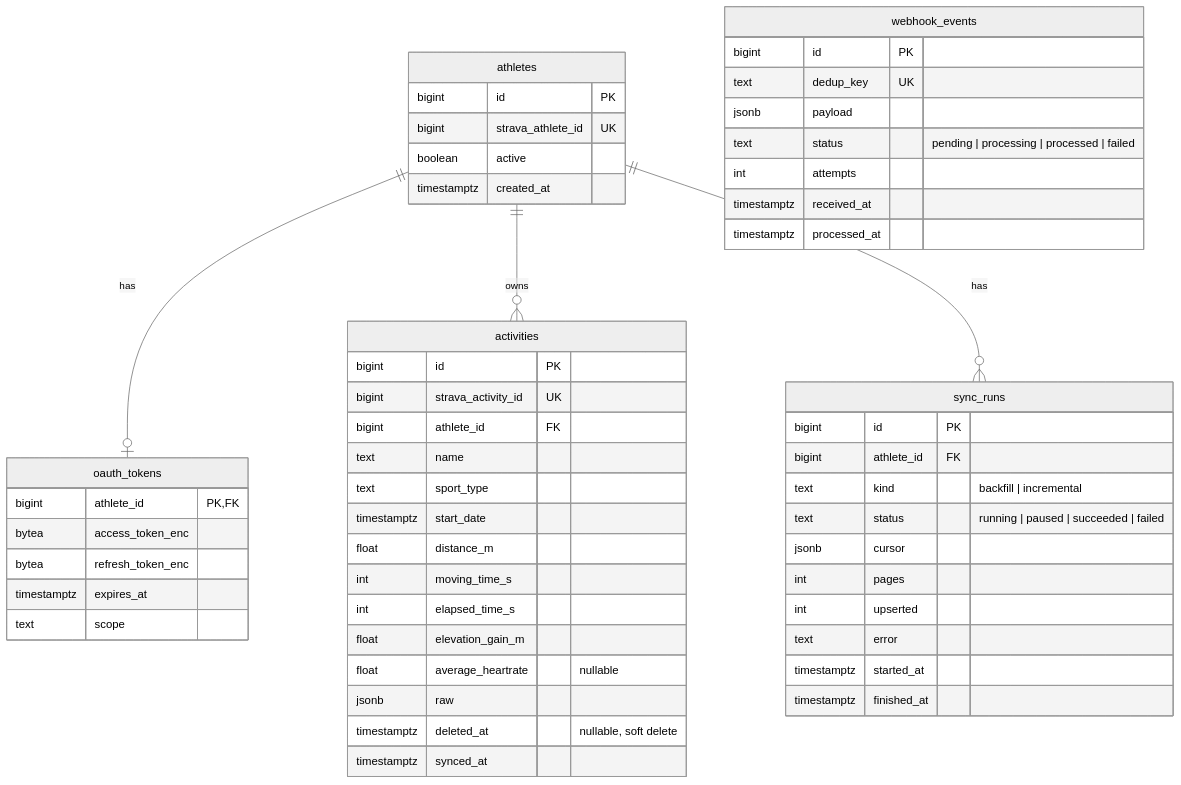
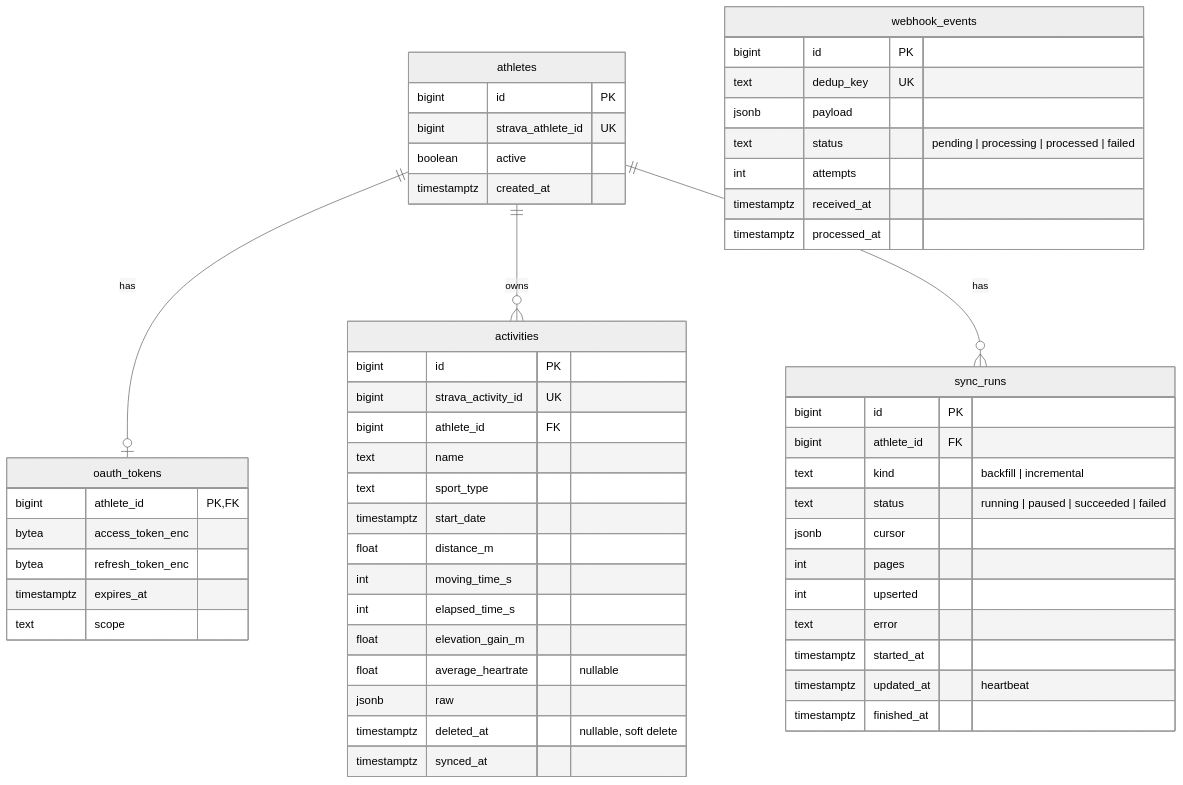
One commit to umutaydins/trainsync changed the third of 14 diagrams in docs/diagrams.md. Above: the diagram before and after it, drawn with Mermaid (neutral theme). The commit also changed 12 other files, not shown here.

````diff
--- a/docs/diagrams.md
+++ b/docs/diagrams.md
@@ -105,57 +105,58 @@
 ```mermaid
 erDiagram
     athletes ||--o| oauth_tokens : "has"
     athletes ||--o{ activities : "owns"
     athletes ||--o{ sync_runs : "has"
 
     athletes {
         bigint id PK
         bigint strava_athlete_id UK
         boolean active
         timestamptz created_at
     }
     oauth_tokens {
         bigint athlete_id PK, FK
         bytea access_token_enc
         bytea refresh_token_enc
         timestamptz expires_at
         text scope
     }
     activities {
         bigint id PK
         bigint strava_activity_id UK
         bigint athlete_id FK
         text name
         text sport_type
         timestamptz start_date
         float distance_m
         int moving_time_s
         int elapsed_time_s
         float elevation_gain_m
         float average_heartrate "nullable"
         jsonb raw
         timestamptz deleted_at "nullable, soft delete"
         timestamptz synced_at
     }
     sync_runs {
         bigint id PK
         bigint athlete_id FK
         text kind "backfill | incremental"
         text status "running | paused | succeeded | failed"
         jsonb cursor
         int pages
         int upserted
         text error
         timestamptz started_at
+        timestamptz updated_at "heartbeat"
         timestamptz finished_at
     }
     webhook_events {
         bigint id PK
         text dedup_key UK
         jsonb payload
         text status "pending | processing | processed | failed"
         int attempts
         timestamptz received_at
         timestamptz processed_at
     }
 ```
````
